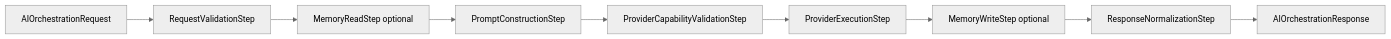
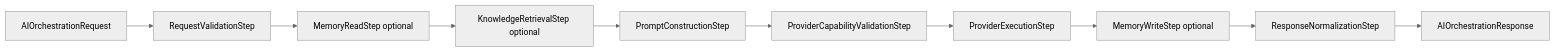
One commit to Iboula/TradeMind changed the diagram in docs/architecture/AI_ORCHESTRATION.md. Above: the diagram before and after it, drawn with Mermaid (neutral theme). The commit also changed other lines of this file and 31 other files, not shown here.

````diff
--- a/docs/architecture/AI_ORCHESTRATION.md
+++ b/docs/architecture/AI_ORCHESTRATION.md
@@ -39,11 +39,12 @@
 ```mermaid
 flowchart LR
     Request["AIOrchestrationRequest"] --> Validation["RequestValidationStep"]
     Validation --> MemoryRead["MemoryReadStep optional"]
-    MemoryRead --> Prompt["PromptConstructionStep"]
+    MemoryRead --> Knowledge["KnowledgeRetrievalStep optional"]
+    Knowledge --> Prompt["PromptConstructionStep"]
     Prompt --> Capabilities["ProviderCapabilityValidationStep"]
     Capabilities --> Provider["ProviderExecutionStep"]
     Provider --> MemoryWrite["MemoryWriteStep optional"]
     MemoryWrite --> Normalize["ResponseNormalizationStep"]
     Normalize --> Response["AIOrchestrationResponse"]
 ```
````
